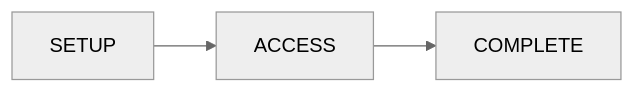
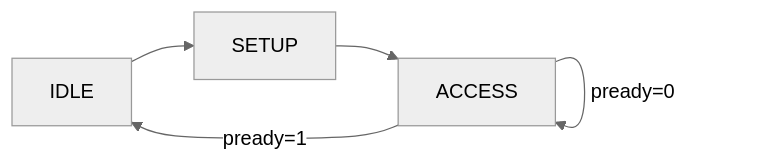
Before and after one commit to rajesh042005/APB-Peripheral-Wrappers---Verilog-RTL-Design: the fourth of 4 diagrams in README.md, drawn with Mermaid (neutral theme). The commit also changed other lines of this file, not shown here.

````diff
--- a/README.md
+++ b/README.md
@@ -97,5 +213,7 @@
 ```mermaid
 flowchart LR
+    IDLE --> SETUP
     SETUP --> ACCESS
-    ACCESS --> COMPLETE
+    ACCESS -->|pready=1| IDLE
+    ACCESS -->|pready=0| ACCESS
 ```
````
